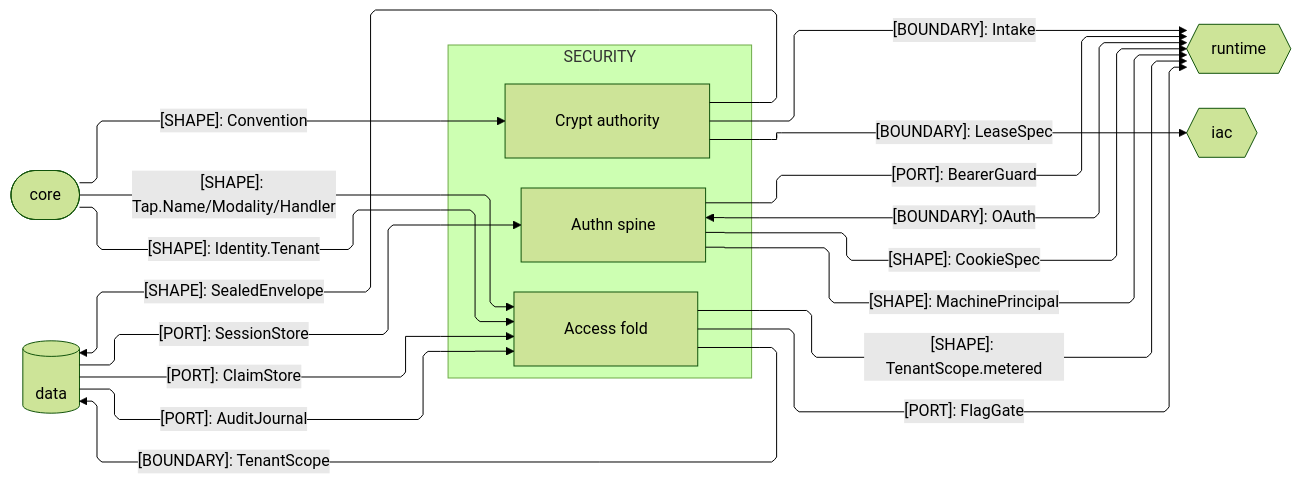
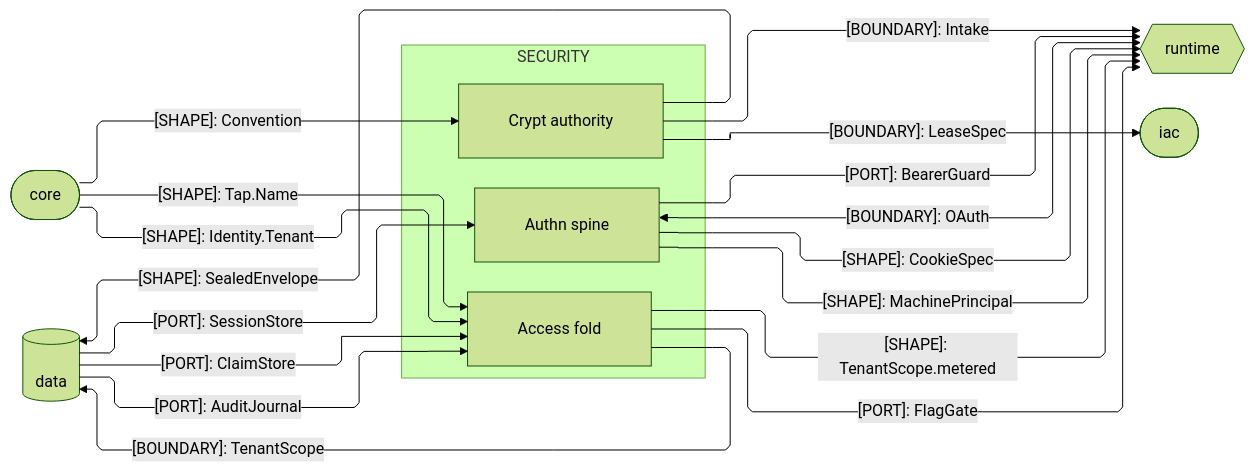
Before and after one commit to bsamiee/Rasm: the second of 3 diagrams in libs/typescript/security/ARCHITECTURE.md, drawn with Mermaid (forest theme). The commit also changed other lines of this file and 115 other files, not shown here.

````diff
--- a/libs/typescript/security/ARCHITECTURE.md
+++ b/libs/typescript/security/ARCHITECTURE.md
@@ -82,37 +87,37 @@
 ```mermaid
 ---
 config:
   layout: elk
   flowchart:
     curve: linear
     padding: 25
 ---
 flowchart LR
     accTitle: Security package seam registry
     accDescr: Security owners exchanging identity, custody, tenancy, and telemetry contracts with the core, data, runtime, and iac peers.
     subgraph security[SECURITY]
         Crypt[Crypt authority]
         Authn[Authn spine]
         Access[Access fold]
     end
     Core([core])
     Data[(data)]
     Runtime{{runtime}}
-    Iac{{iac}}
+    Iac([iac])
     Core e1@-->|"[SHAPE]: Identity.Tenant"| Access
     Data e2@-->|"[PORT]: ClaimStore"| Access
     Access e3@-->|"[BOUNDARY]: TenantScope"| Data
     Data e4@-->|"[PORT]: SessionStore"| Authn
     Authn e5@-->|"[PORT]: BearerGuard"| Runtime
     Authn e6@<-->|"[BOUNDARY]: OAuth"| Runtime
     Authn e7@-->|"[SHAPE]: CookieSpec"| Runtime
-    Authn e16@-->|"[SHAPE]: MachinePrincipal"| Runtime
-    Crypt e8@-->|"[SHAPE]: SealedEnvelope"| Data
-    Crypt e9@-->|"[BOUNDARY]: Intake"| Runtime
-    Crypt e10@-->|"[BOUNDARY]: LeaseSpec"| Iac
-    Access e11@-->|"[PORT]: FlagGate"| Runtime
-    Core e12@-->|"[SHAPE]: Convention"| Crypt
-    Access e13@-->|"[SHAPE]: TenantScope.metered"| Runtime
-    Data e14@-->|"[PORT]: AuditJournal"| Access
-    Core e15@-->|"[SHAPE]: Tap.Name/Modality/Handler"| Access
+    Authn e8@-->|"[SHAPE]: MachinePrincipal"| Runtime
+    Crypt e9@-->|"[SHAPE]: SealedEnvelope"| Data
+    Crypt e10@-->|"[BOUNDARY]: Intake"| Runtime
+    Crypt e11@-->|"[BOUNDARY]: LeaseSpec"| Iac
+    Access e12@-->|"[PORT]: FlagGate"| Runtime
+    Core e13@-->|"[SHAPE]: Convention"| Crypt
+    Access e14@-->|"[SHAPE]: TenantScope.metered"| Runtime
+    Data e15@-->|"[PORT]: AuditJournal"| Access
+    Core e16@-->|"[SHAPE]: Tap.Name"| Access
 ```
````
